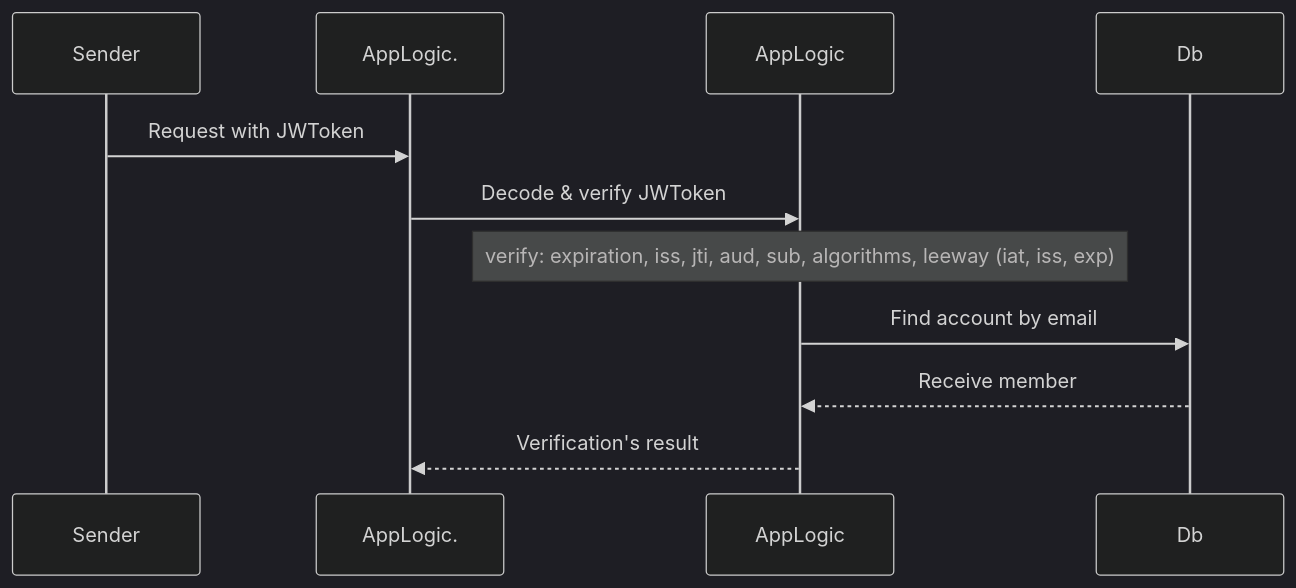
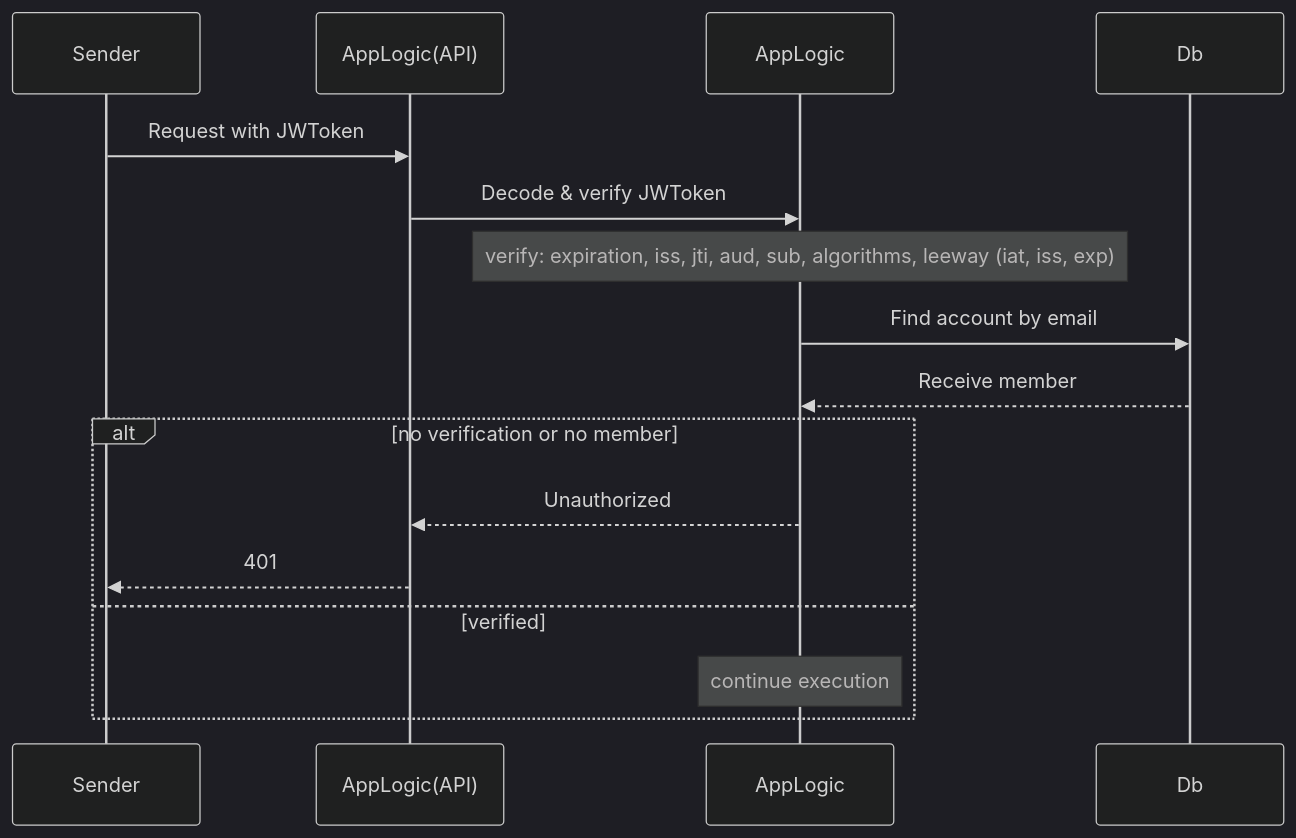
Before and after one commit to sergii-savchenko/rkcp_arch: diagram 11 of 11 in README.md, drawn with Mermaid (dark theme). The commit also changed 2 other files, not shown here.

Commit message:
change jwt

````diff
--- a/README.md
+++ b/README.md
@@ -410,14 +410,19 @@
 ```mermaid
 sequenceDiagram
     participant Sender
-    participant AppLogic.
+    participant AppLogic(API)
     participant AppLogic
     participant Db
 
-    Sender->>AppLogic.: Request with JWToken
-    AppLogic.->>AppLogic: Decode & verify JWToken
+    Sender->>AppLogic(API): Request with JWToken
+    AppLogic(API)->>AppLogic: Decode & verify JWToken
     Note over AppLogic: verify: expiration, iss, jti, aud, sub, algorithms, leeway (iat, iss, exp)
     AppLogic->>Db: Find account by email
     Db-->>AppLogic: Receive member
-    AppLogic-->>AppLogic.: Verification's result
+    alt no verification or no member
+        AppLogic-->>AppLogic(API): Unauthorized
+        AppLogic(API)-->>Sender: 401
+    else verified
+        Note over AppLogic: continue execution
+    end
 ```
````
